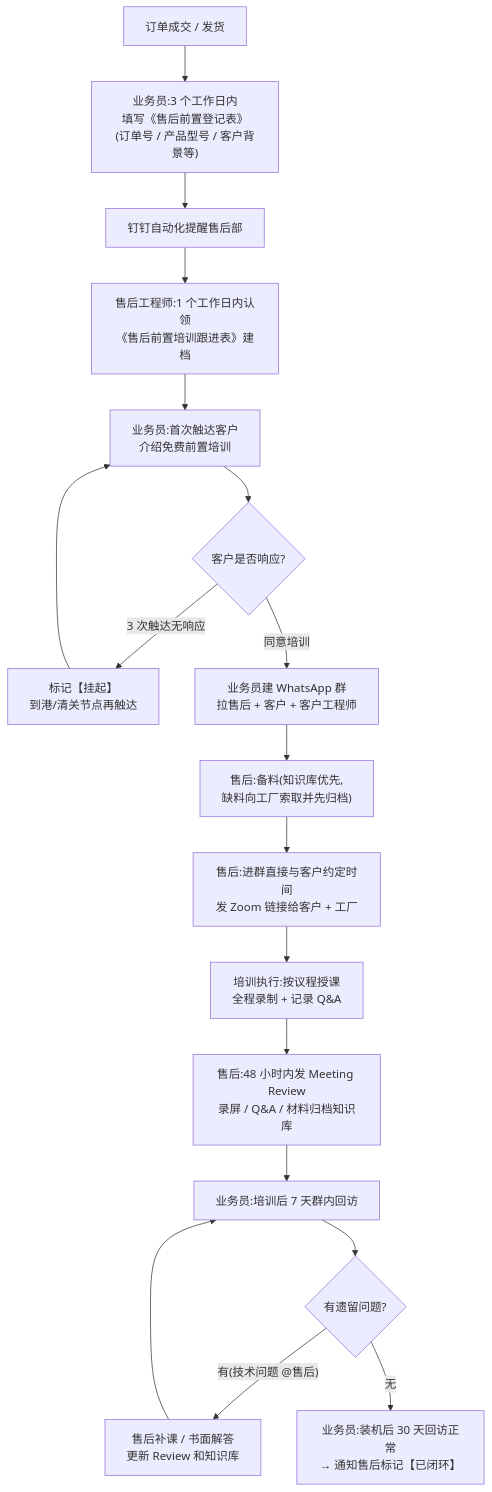
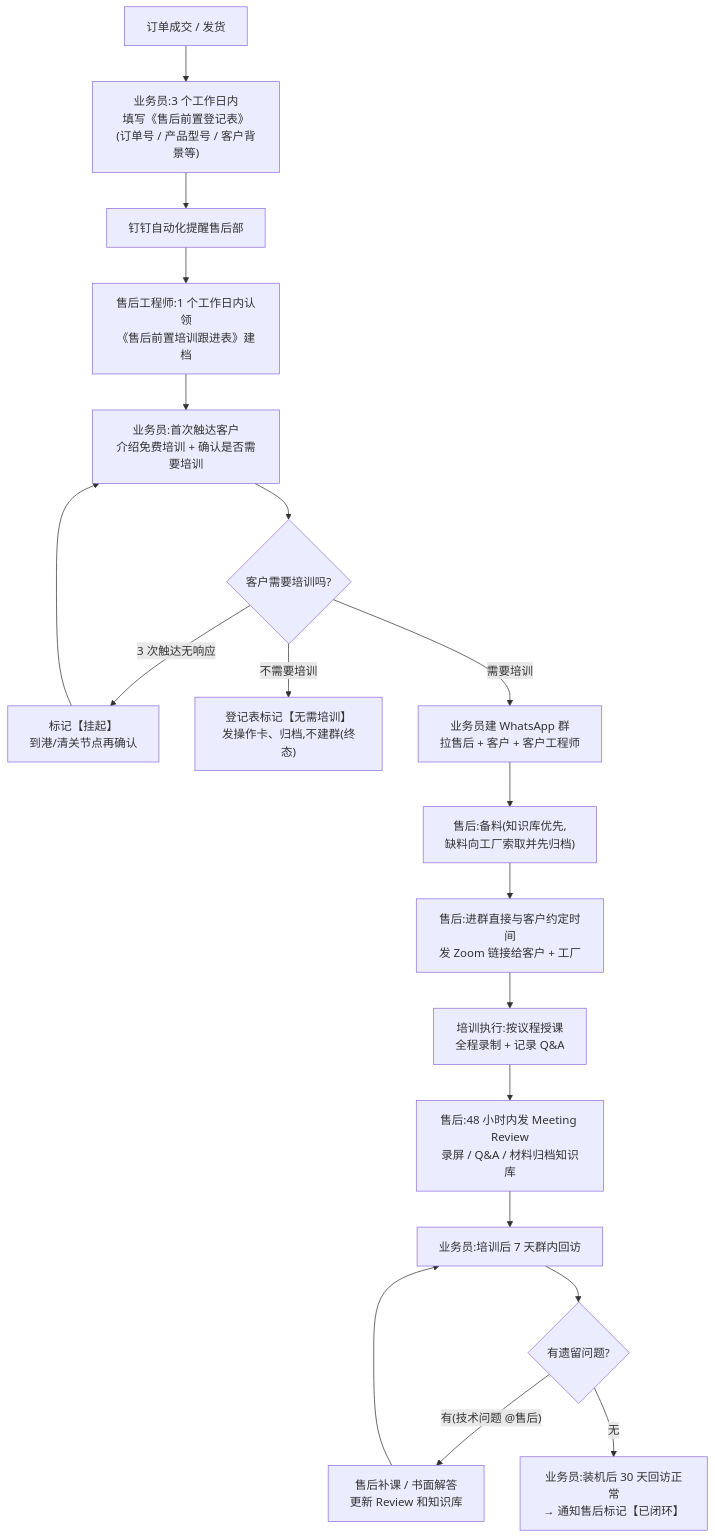
One commit to jasonhzp/hzp-s-test changed the first of 2 diagrams in 售后前置SOP.md. Above: the diagram before and after it, drawn with Mermaid. The commit also changed other lines of this file and 4 other files, not shown here.

````diff
--- a/售后前置SOP.md
+++ b/售后前置SOP.md
@@ -60,20 +60,21 @@
 ```mermaid
 flowchart TD
     A["订单成交 / 发货"] --> B["业务员:3 个工作日内<br>填写《售后前置登记表》<br>(订单号 / 产品型号 / 客户背景等)"]
     B --> C["钉钉自动化提醒售后部"]
     C --> D["售后工程师:1 个工作日内认领<br>《售后前置培训跟进表》建档"]
-    D --> E["业务员:首次触达客户<br>介绍免费前置培训"]
-    E --> F{"客户是否响应?"}
-    F -- "3 次触达无响应" --> G["标记【挂起】<br>到港/清关节点再触达"]
+    D --> E["业务员:首次触达客户<br>介绍免费培训 + 确认是否需要培训"]
+    E --> F{"客户需要培训吗?"}
+    F -- "3 次触达无响应" --> G["标记【挂起】<br>到港/清关节点再确认"]
     G --> E
-    F -- "同意培训" --> H["业务员建 WhatsApp 群<br>拉售后 + 客户 + 客户工程师"]
+    F -- "不需要培训" --> X["登记表标记【无需培训】<br>发操作卡、归档,不建群(终态)"]
+    F -- "需要培训" --> H["业务员建 WhatsApp 群<br>拉售后 + 客户 + 客户工程师"]
     H --> I["售后:备料(知识库优先,<br>缺料向工厂索取并先归档)"]
     I --> J["售后:进群直接与客户约定时间<br>发 Zoom 链接给客户 + 工厂"]
     J --> K["培训执行:按议程授课<br>全程录制 + 记录 Q&A"]
     K --> L["售后:48 小时内发 Meeting Review<br>录屏 / Q&A / 材料归档知识库"]
     L --> M["业务员:培训后 7 天群内回访"]
     M --> N{"有遗留问题?"}
     N -- "有(技术问题 @售后)" --> O["售后补课 / 书面解答<br>更新 Review 和知识库"]
     O --> M
     N -- "无" --> P["业务员:装机后 30 天回访正常<br>→ 通知售后标记【已闭环】"]
 ```
````
